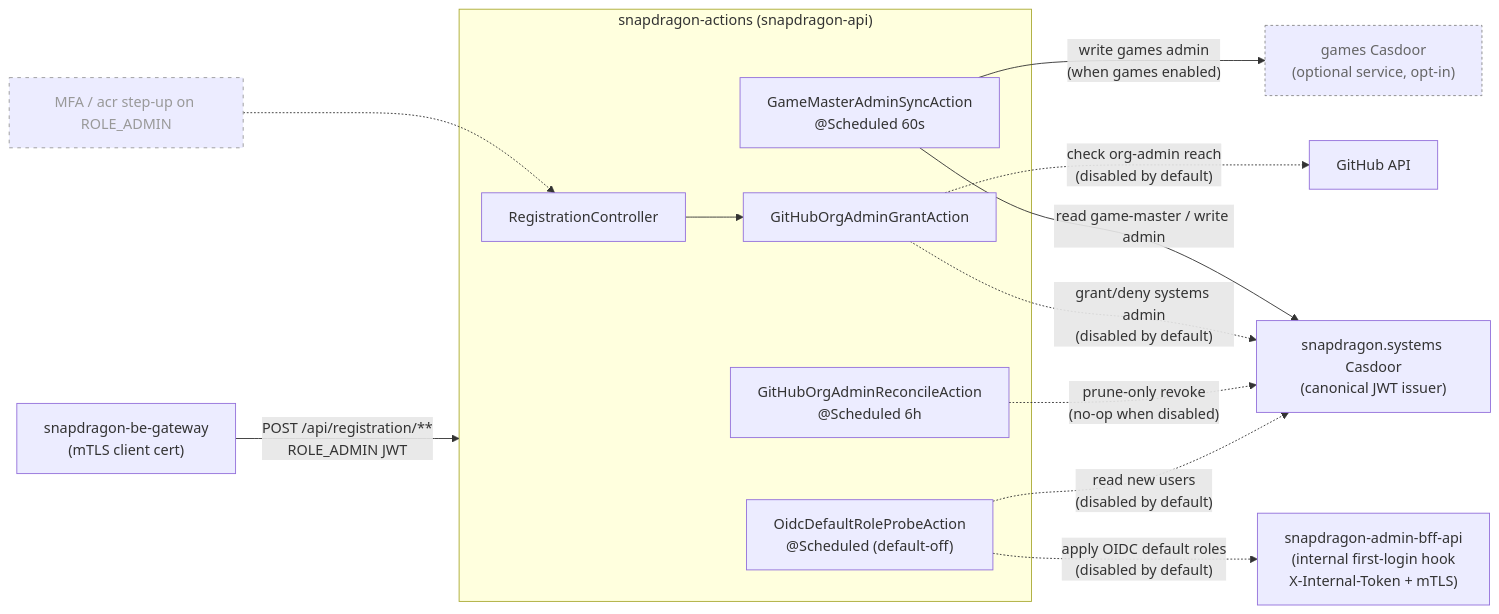
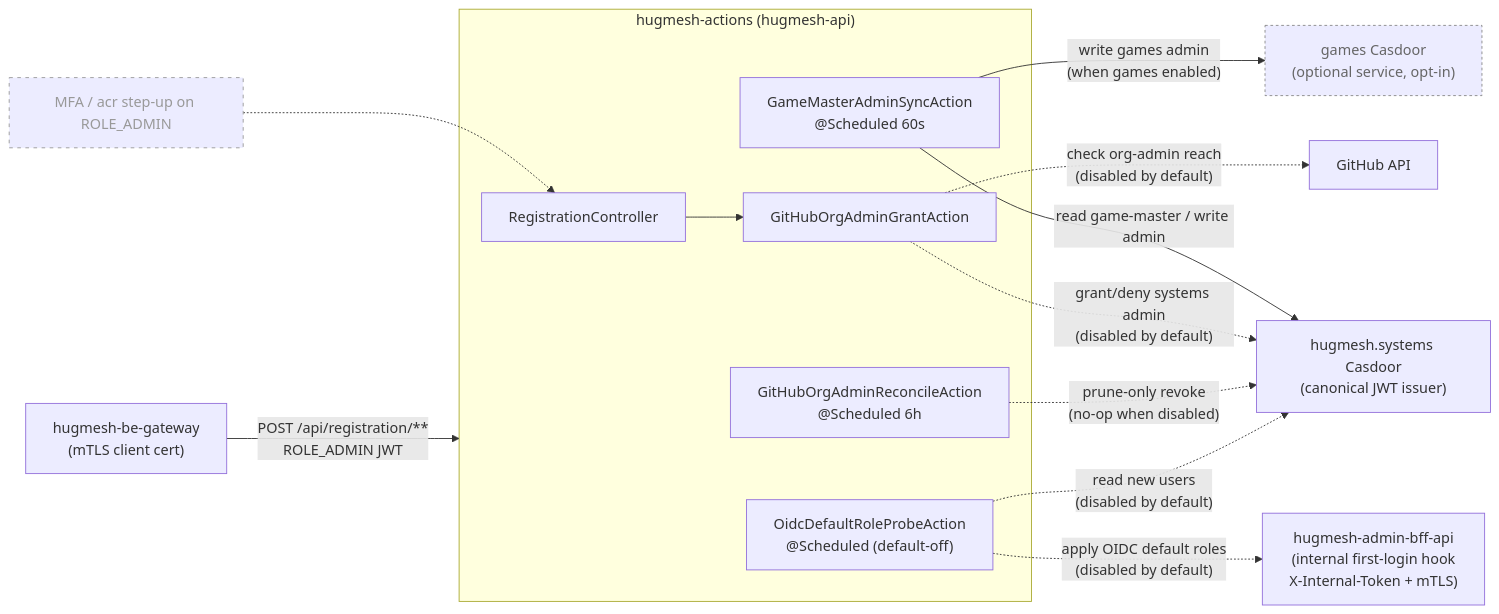
Before and after one commit to hugmesh/hugmesh-actions: the first of 2 diagrams in README.md, drawn with Mermaid. The commit also changed other lines of this file and 117 other files, not shown here.

````diff
--- a/README.md
+++ b/README.md
@@ -30,32 +30,32 @@
 ```mermaid
 flowchart LR
-    GW["snapdragon-be-gateway<br/>(mTLS client cert)"] -->|"POST /api/registration/**<br/>ROLE_ADMIN JWT"| API
+    GW["hugmesh-be-gateway<br/>(mTLS client cert)"] -->|"POST /api/registration/**<br/>ROLE_ADMIN JWT"| API
 
-    subgraph API["snapdragon-actions (snapdragon-api)"]
+    subgraph API["hugmesh-actions (hugmesh-api)"]
         RC["RegistrationController"]
         GM["GameMasterAdminSyncAction<br/>@Scheduled 60s"]
         REV["GitHubOrgAdminReconcileAction<br/>@Scheduled 6h"]
         GHA["GitHubOrgAdminGrantAction"]
         OIDC["OidcDefaultRoleProbeAction<br/>@Scheduled (default-off)"]
         RC --> GHA
     end
 
-    SC["snapdragon.systems Casdoor<br/>(canonical JWT issuer)"]
+    SC["hugmesh.systems Casdoor<br/>(canonical JWT issuer)"]
     GC["games Casdoor<br/>(optional service, opt-in)"]:::optional
     GH["GitHub API"]
-    BFF["snapdragon-admin-bff-api<br/>(internal first-login hook<br/>X-Internal-Token + mTLS)"]
+    BFF["hugmesh-admin-bff-api<br/>(internal first-login hook<br/>X-Internal-Token + mTLS)"]
 
     GM -->|"read game-master / write admin"| SC
     GM -->|"write games admin<br/>(when games enabled)"| GC
     GHA -.->|"grant/deny systems admin<br/>(disabled by default)"| SC
     GHA -.->|"check org-admin reach<br/>(disabled by default)"| GH
     REV -.->|"prune-only revoke<br/>(no-op when disabled)"| SC
     OIDC -.->|"read new users<br/>(disabled by default)"| SC
     OIDC -.->|"apply OIDC default roles<br/>(disabled by default)"| BFF
 
     MFA["MFA / acr step-up on ROLE_ADMIN"]:::planned
     MFA -.-> RC
 
     classDef planned stroke-dasharray:4 5,stroke:#999,color:#999
     classDef optional stroke-dasharray:3 3,stroke:#888,color:#666
 ```
````
